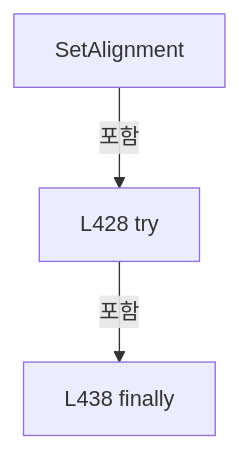
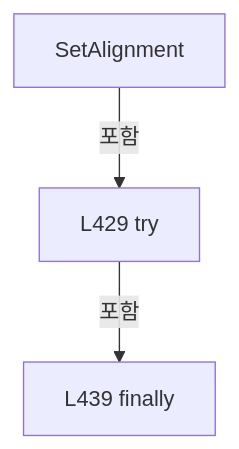
One commit to kjuws10-rgb/Shared changed diagram 11 of 27 in A3 LD Code Ref/files/Drilling.Common/Product/CProductManager.cs.md. Above: the diagram before and after it, drawn with Mermaid. The commit also changed other lines of this file and 8055 other files, not shown here.

Commit message:
docs(a3): trace Stage Glass Data and refresh architecture and full code reference

````diff
--- a/A3 LD Code Ref/files/Drilling.Common/Product/CProductManager.cs.md
+++ b/A3 LD Code Ref/files/Drilling.Common/Product/CProductManager.cs.md
@@ -1537,8 +1538,8 @@
 ```mermaid
 flowchart TD
  M["SetAlignment"]
- N0["L428 try"]
+ N0["L429 try"]
  M -->|포함| N0
- N1["L438 finally"]
+ N1["L439 finally"]
  N0 -->|포함| N1
 ```
````
